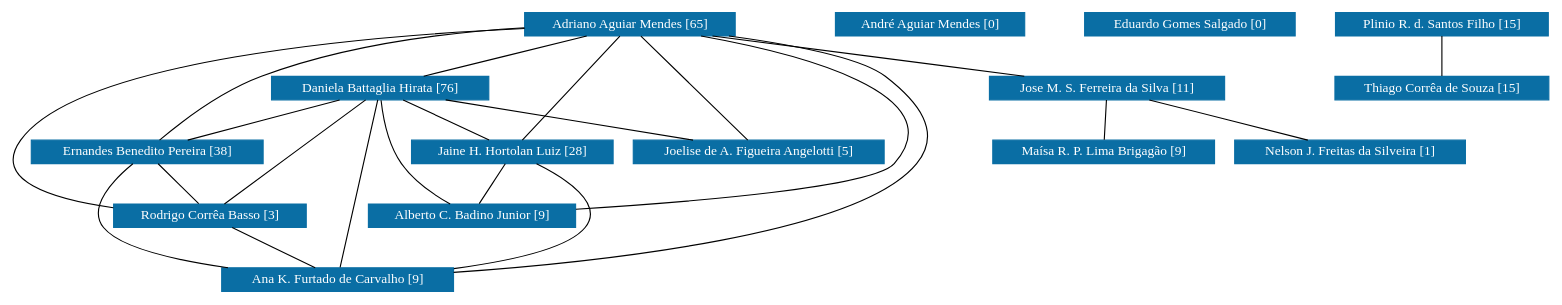
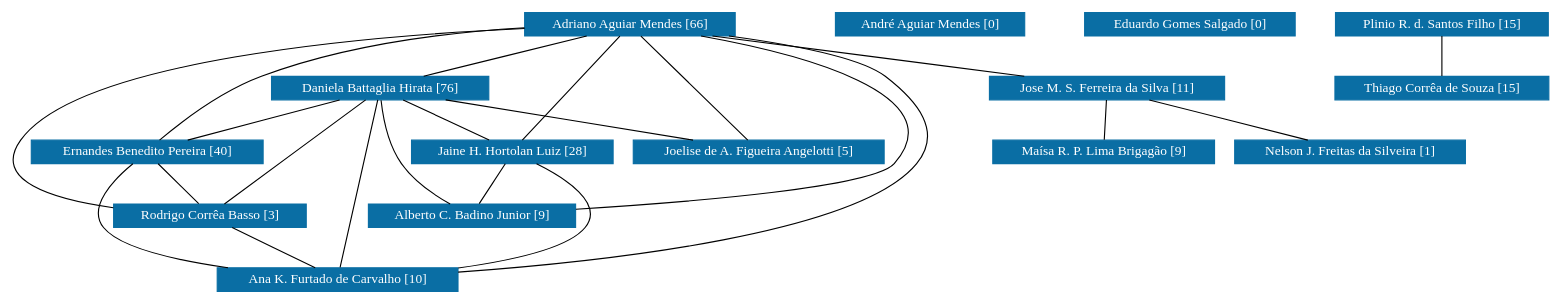
Before and after one commit to icamps/unifal-lattes.github.io: the diagram in PPGBiotec/grafoDeColaboracoesSemPesos.dot, drawn with Graphviz. The commit also changed 868 other files, not shown here.

```diff
--- a/PPGBiotec/grafoDeColaboracoesSemPesos.dot
+++ b/PPGBiotec/grafoDeColaboracoesSemPesos.dot
@@ -1,138 +1,138 @@
 strict graph grafo1 {
 	graph [bb="0,0,1164.1,249",
 		id=grafo1,
 		overlap=False
 	];
 	node [fontsize=12,
 		label="\N",
 		shape=rectangle,
 		style=filled
 	];
 	0	 [URL="membro-2926571414651131.html",
 		color="#0A6EA4",
 		fontcolor="#FFFFFF",
 		height=0.29167,
-		label="Adriano Aguiar Mendes [65]",
+		label="Adriano Aguiar Mendes [66]",
 		pos="472.64,238.5",
 		width=2.1389];
 	2	 [URL="membro-5292381247624407.html",
 		color="#0A6EA4",
 		fontcolor="#FFFFFF",
 		height=0.29167,
 		label="Daniela Battaglia Hirata [76]",
 		pos="301.64,181.5",
 		width=2.1528];
 	0 -- 2	 [pos="440.88,227.91 410.16,217.67 363.89,202.25 333.23,192.03"];
 	4	 [URL="membro-0524540000904823.html",
 		color="#0A6EA4",
 		fontcolor="#FFFFFF",
 		height=0.29167,
-		label="Ernandes Benedito Pereira [38]",
+		label="Ernandes Benedito Pereira [40]",
 		pos="114.64,124.5",
 		width=2.3056];
 	0 -- 4	 [pos="395.53,233.01 343,227.27 272.72,215.61 214.64,192 179.71,177.8 144.46,150.2 126.61,135.06"];
 	5	 [URL="membro-3433047807065363.html",
 		color="#0A6EA4",
 		fontcolor="#FFFFFF",
 		height=0.29167,
 		label="Jaine H. Hortolan Luiz [28]",
 		pos="403.64,124.5",
 		width=2.0694];
 	0 -- 5	 [pos="466.27,227.98 453.19,206.37 423.43,157.19 410.19,135.33"];
 	6	 [URL="membro-3798416800583466.html",
 		color="#0A6EA4",
 		fontcolor="#FFFFFF",
 		height=0.29167,
 		label="Joelise de A. Figueira Angelotti [5]",
 		pos="587.64,124.5",
 		width=2.5278];
 	0 -- 6	 [pos="483.25,227.98 505.05,206.37 554.66,157.19 576.72,135.33"];
 	7	 [URL="membro-0436922594542722.html",
 		color="#0A6EA4",
 		fontcolor="#FFFFFF",
 		height=0.29167,
 		label="Jose M. S. Ferreira da Silva [11]",
 		pos="857.64,181.5",
 		width=2.3611];
 	0 -- 7	 [pos="543.7,227.98 612.9,217.73 717.49,202.25 786.67,192.01"];
 	10	 [URL="membro-4043789557049115.html",
 		color="#0A6EA4",
 		fontcolor="#FFFFFF",
 		height=0.29167,
 		label="Rodrigo Corrêa Basso [3]",
 		pos="165.64,67.5",
 		width=1.9444];
 	0 -- 10	 [pos="395.35,232.9 278.12,222.52 64.524,195.58 22.639,135 0,102.26 48.884,84.95 95.531,76.098"];
 	12	 [URL="membro-6244428434217018.html",
 		color="#0A6EA4",
 		fontcolor="#FFFFFF",
 		height=0.29167,
 		label="Alberto C. Badino Junior [9]",
 		pos="368.64,67.5",
 		width=2.1389];
 	0 -- 12	 [pos="530.01,227.98 609.73,210.94 738.78,173.13 687.64,114 672.01,95.929 535.32,81.278 446.01,73.524"];
 	14	 [URL="membro-8233720168272812.html",
 		color="#0A6EA4",
 		fontcolor="#FFFFFF",
 		height=0.29167,
-		label="Ana K. Furtado de Carvalho [9]",
+		label="Ana K. Furtado de Carvalho [10]",
 		pos="263.64,10.5",
-		width=2.375];
-	0 -- 14	 [pos="549.79,228.04 599.52,220.01 658.53,207.64 678.64,192 707.83,169.29 730.52,143.06 707.64,114 664.01,58.572 465.88,30.153 349.55,18.004"];
+		width=2.4583];
+	0 -- 14	 [pos="549.79,228.04 599.52,220.01 658.53,207.64 678.64,192 707.83,169.29 730.52,143.06 707.64,114 664.37,59.038 469.2,30.633 352.51,18.314"];
 	2 -- 4	 [pos="266.9,170.91 233.32,160.67 182.71,145.25 149.19,135.03"];
 	2 -- 5	 [pos="320.83,170.78 339.06,160.59 366.33,145.35 384.54,135.17"];
 	2 -- 6	 [pos="354.43,170.98 405.76,160.75 483.29,145.3 534.67,135.06"];
 	2 -- 10	 [pos="289.09,170.98 263.31,149.37 204.64,100.19 178.56,78.328"];
 	2 -- 12	 [pos="302.68,170.74 304.42,156.81 308.86,132.14 319.64,114 328.27,99.481 342.69,86.583 353.66,78.076"];
 	2 -- 14	 [pos="299.26,170.8 292.44,140.09 272.84,51.897 266.02,21.193"];
 	4 -- 10	 [pos="124.23,113.78 133.35,103.59 146.99,88.348 156.09,78.173"];
 	4 -- 14	 [pos="103.71,113.54 90.937,99.382 73.157,74.481 86.639,57 99.396,40.458 145.75,28.641 187.82,21.059"];
 	5 -- 12	 [pos="397.06,113.78 390.8,103.59 381.44,88.348 375.19,78.173"];
-	5 -- 14	 [pos="421.55,113.88 441.86,100.51 470.25,76.864 454.64,57 441.17,39.859 393.58,28.246 349.28,20.912"];
+	5 -- 14	 [pos="421.55,113.88 441.86,100.51 470.25,76.864 454.64,57 441.25,39.96 394.14,28.382 350.06,21.042"];
 	8	 [URL="membro-6853382226977684.html",
 		color="#0A6EA4",
 		fontcolor="#FFFFFF",
 		height=0.29167,
 		label="Nelson J. Freitas da Silveira [1]",
 		pos="1036.6,124.5",
 		width=2.2778];
 	7 -- 8	 [pos="890.89,170.91 923.04,160.67 971.48,145.25 1003.6,135.03"];
 	13	 [URL="membro-0963588859777460.html",
 		color="#0A6EA4",
 		fontcolor="#FFFFFF",
 		height=0.29167,
 		label="Maísa R. P. Lima Brigagão [9]",
 		pos="855.64,124.5",
 		width=2.25];
 	7 -- 13	 [pos="857.26,170.78 856.91,160.59 856.37,145.35 856.01,135.17"];
 	10 -- 14	 [pos="184.07,56.779 201.59,46.588 227.8,31.348 245.29,21.173"];
 	1	 [URL="membro-1409264122407992.html",
 		color="#0A6EA4",
 		fontcolor="#FFFFFF",
 		height=0.29167,
 		label="André Aguiar Mendes [0]",
 		pos="702.64,238.5",
 		width=1.9306];
 	3	 [URL="membro-2363460036599181.html",
 		color="#0A6EA4",
 		fontcolor="#FFFFFF",
 		height=0.29167,
 		label="Eduardo Gomes Salgado [0]",
 		pos="898.64,238.5",
 		width=2.1111];
 	9	 [URL="membro-0595142298134685.html",
 		color="#0A6EA4",
 		fontcolor="#FFFFFF",
 		height=0.29167,
 		label="Plinio R. d. Santos Filho [15]",
 		pos="1086.6,238.5",
 		width=2.1528];
 	11	 [URL="membro-2834667104138232.html",
 		color="#0A6EA4",
 		fontcolor="#FFFFFF",
 		height=0.29167,
 		label="Thiago Corrêa de Souza [15]",
 		pos="1086.6,181.5",
 		width=2.1528];
 	9 -- 11	 [pos="1086.6,227.78 1086.6,217.59 1086.6,202.35 1086.6,192.17"];
 }
```
